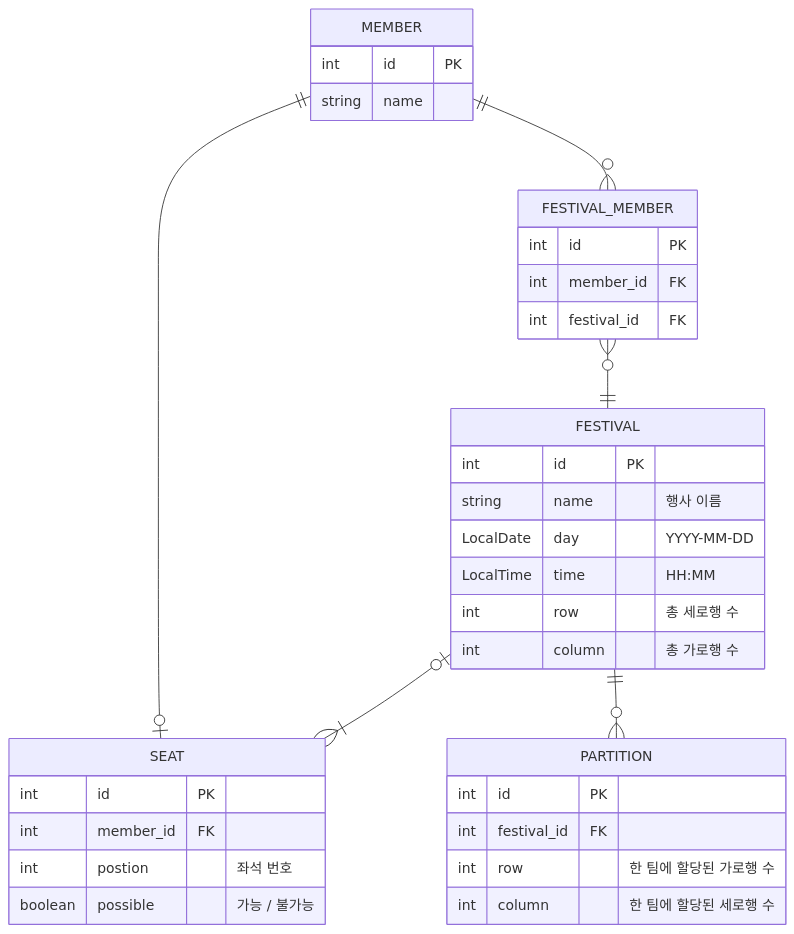
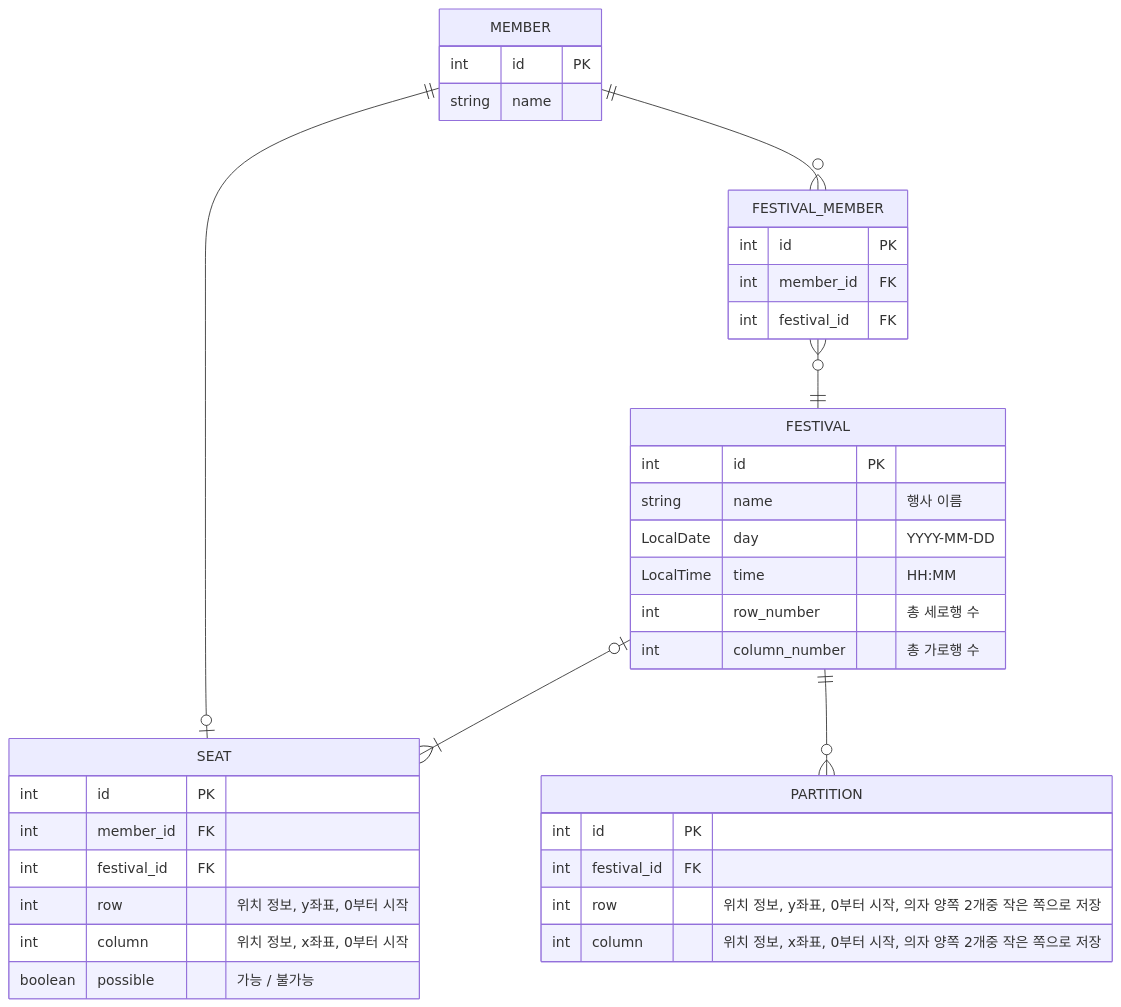
The diagram in erd.md (cmj7271/fe-sit-ival-server), drawn with Mermaid before and after one commit.

Commit message:
erd 변경

````diff
--- a/erd.md
+++ b/erd.md
@@ -1,39 +1,41 @@
 ```mermaid
 	erDiagram
 	FESTIVAL_MEMBER }o--|| FESTIVAL : ""
 	MEMBER ||--o{ FESTIVAL_MEMBER : ""
 	MEMBER ||--o| SEAT : ""
 	FESTIVAL |o--|{ SEAT : ""
 	FESTIVAL ||--o{ PARTITION : ""
 
 	FESTIVAL {
 		int id PK
 		string name "행사 이름"
 		LocalDate day "YYYY-MM-DD"
 		LocalTime time "HH:MM"
-		int row "총 세로행 수"
-		int column "총 가로행 수"
+		int row_number "총 세로행 수"
+		int column_number "총 가로행 수"
 	}
 	PARTITION {
 		int id PK
 		int festival_id FK
-		int row "한 팀에 할당된 가로행 수"
-		int column "한 팀에 할당된 세로행 수"
+		int row "위치 정보, y좌표, 0부터 시작, 의자 양쪽 2개중 작은 쪽으로 저장"
+		int column "위치 정보, x좌표, 0부터 시작, 의자 양쪽 2개중 작은 쪽으로 저장"
 	}
 	SEAT {
 		int id PK
 		int member_id FK
-		int postion "좌석 번호"
+		int festival_id FK
+		int row "위치 정보, y좌표, 0부터 시작"
+		int column "위치 정보, x좌표, 0부터 시작"
 		boolean possible "가능 / 불가능"
 
 	}
 	MEMBER {
 		int id PK
 		string name
 	}
 	FESTIVAL_MEMBER {
 		int id PK
 		int member_id FK
 		int festival_id FK
 	}
 ```
````
